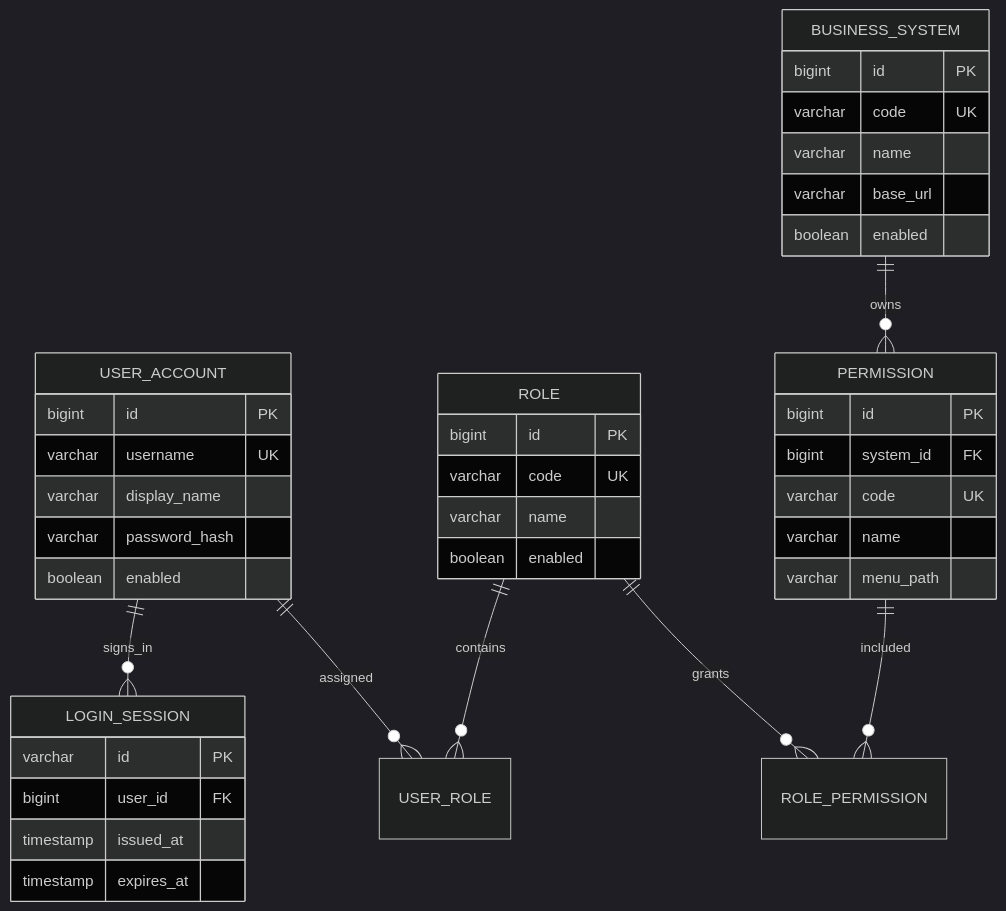
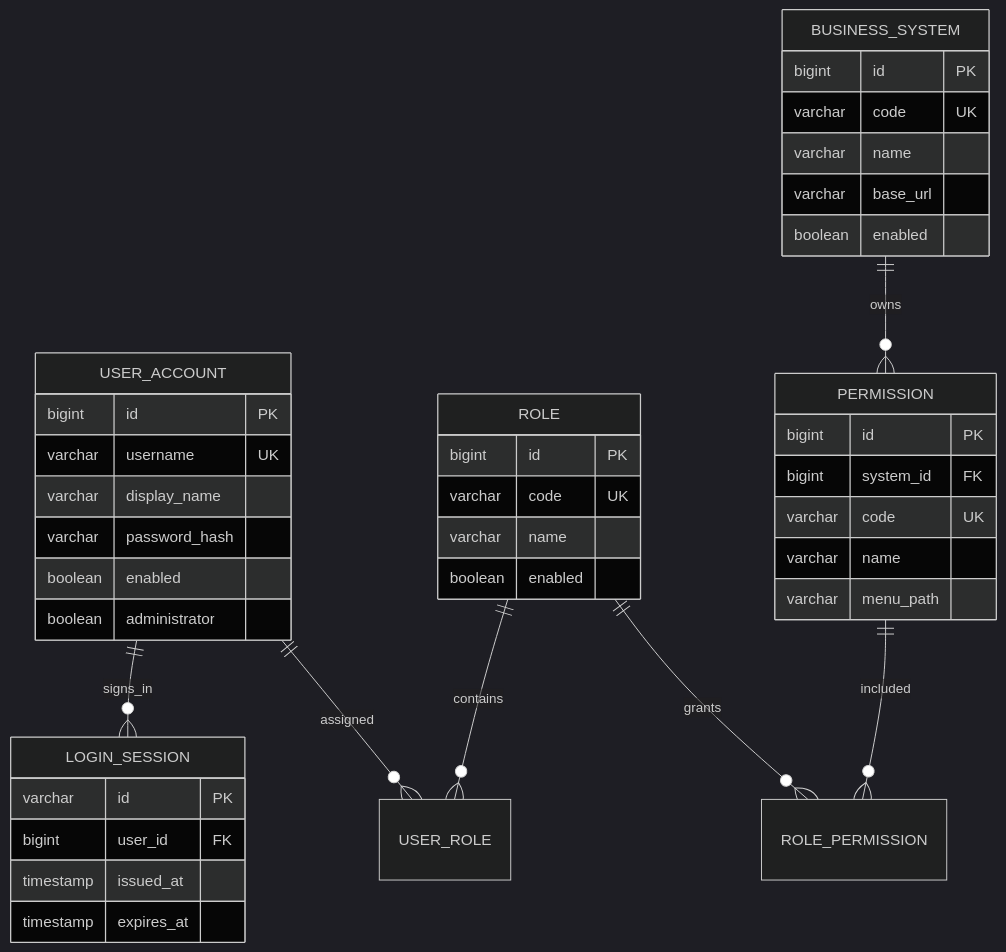
The diagram in docs/rbac0-design.md (Re1lya/nified-permission-system), drawn with Mermaid (dark theme) before and after one commit. The commit also changed other lines of this file and 192 other files, not shown here.

````diff
--- a/docs/rbac0-design.md
+++ b/docs/rbac0-design.md
@@ -27,43 +27,44 @@
 ```mermaid
 erDiagram
     USER_ACCOUNT ||--o{ USER_ROLE : assigned
     USER_ACCOUNT ||--o{ LOGIN_SESSION : signs_in
     ROLE ||--o{ USER_ROLE : contains
     ROLE ||--o{ ROLE_PERMISSION : grants
     PERMISSION ||--o{ ROLE_PERMISSION : included
     BUSINESS_SYSTEM ||--o{ PERMISSION : owns
 
     USER_ACCOUNT {
         bigint id PK
         varchar username UK
         varchar display_name
         varchar password_hash
         boolean enabled
+        boolean administrator
     }
     ROLE {
         bigint id PK
         varchar code UK
         varchar name
         boolean enabled
     }
     LOGIN_SESSION {
         varchar id PK
         bigint user_id FK
         timestamp issued_at
         timestamp expires_at
     }
     BUSINESS_SYSTEM {
         bigint id PK
         varchar code UK
         varchar name
         varchar base_url
         boolean enabled
     }
     PERMISSION {
         bigint id PK
         bigint system_id FK
         varchar code UK
         varchar name
         varchar menu_path
     }
 ```
````
